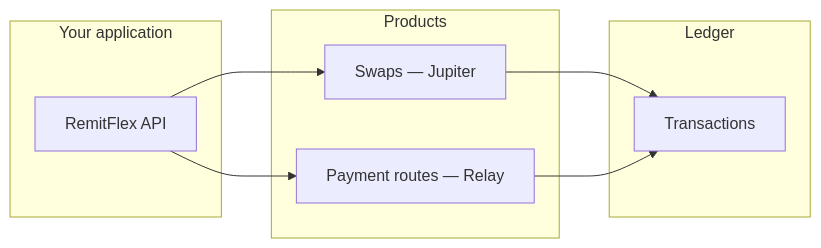
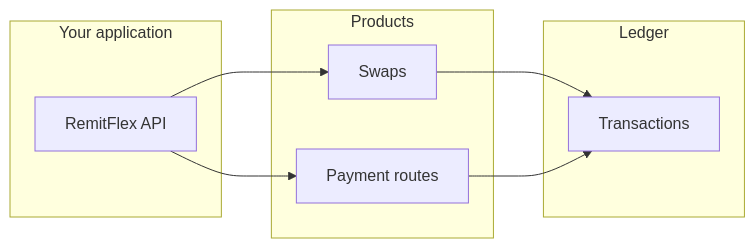
One commit to Remitflex/mintlify-docs changed the diagram in introduction.mdx. Above: the diagram before and after it, drawn with Mermaid. The commit also changed other lines of this file and 16 other files, not shown here.

````diff
--- a/introduction.mdx
+++ b/introduction.mdx
@@ -48,17 +48,17 @@
 ```mermaid
 flowchart LR
   subgraph YourApp["Your application"]
     API[RemitFlex API]
   end
   subgraph Products["Products"]
-    Swaps[Swaps — Jupiter]
-    Routes[Payment routes — Relay]
+    Swaps[Swaps]
+    Routes[Payment routes]
   end
   subgraph Ledger["Ledger"]
     Tx[Transactions]
   end
   API --> Swaps
   API --> Routes
   Swaps --> Tx
   Routes --> Tx
 ```
````
